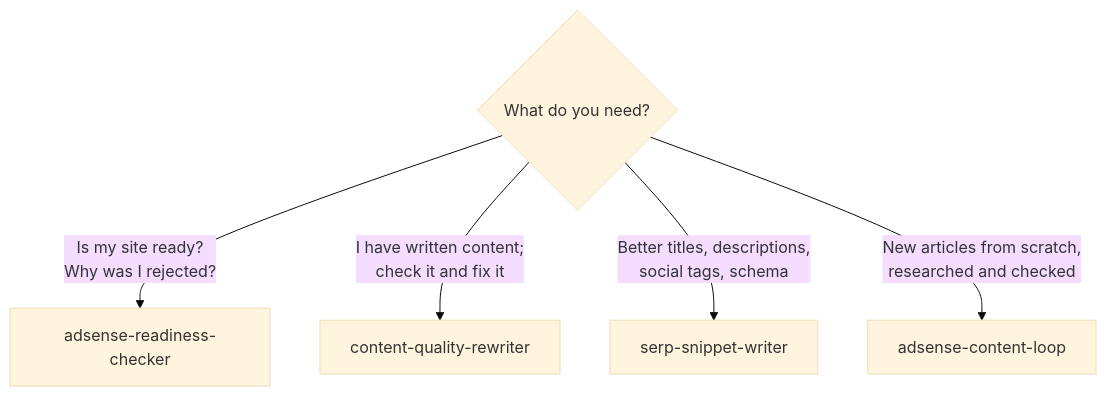
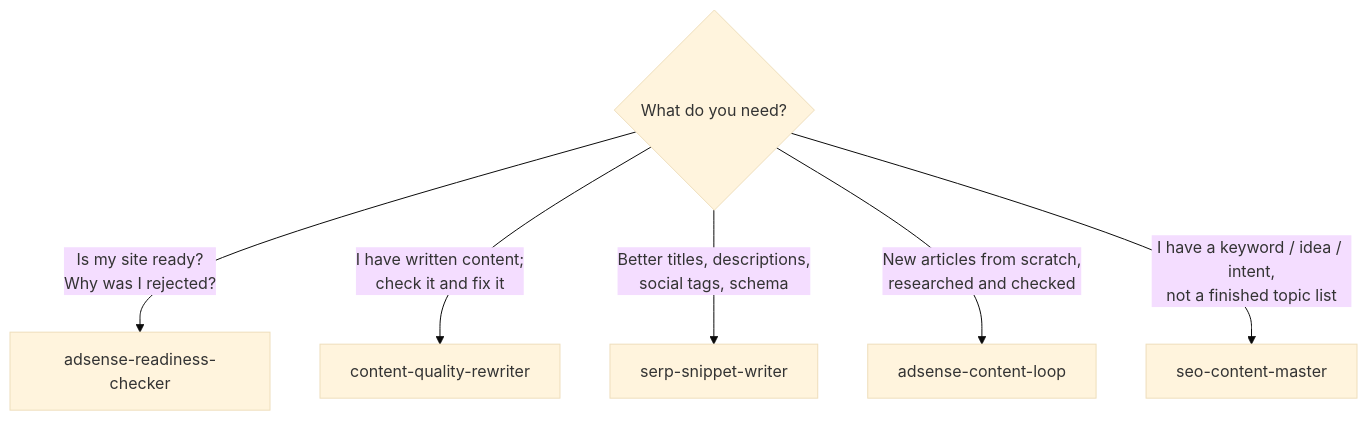
Before and after one commit to Maulik-008/seo-geo-adsense-skills: the second of 9 diagrams in AGENT-FLOWS.md, drawn with Mermaid (base theme). The commit also changed other lines of this file and 4 other files, not shown here.

````diff
--- a/AGENT-FLOWS.md
+++ b/AGENT-FLOWS.md
@@ -49,8 +50,9 @@
 ```mermaid
 flowchart TD
     Q{"What do you need?"}
     Q -->|"Is my site ready?<br/>Why was I rejected?"| A1["adsense-readiness-checker"]
     Q -->|"I have written content;<br/>check it and fix it"| A2["content-quality-rewriter"]
     Q -->|"Better titles, descriptions,<br/>social tags, schema"| A3["serp-snippet-writer"]
     Q -->|"New articles from scratch,<br/>researched and checked"| A4["adsense-content-loop"]
+    Q -->|"I have a keyword / idea / intent,<br/>not a finished topic list"| A5["seo-content-master"]
 ```
````
